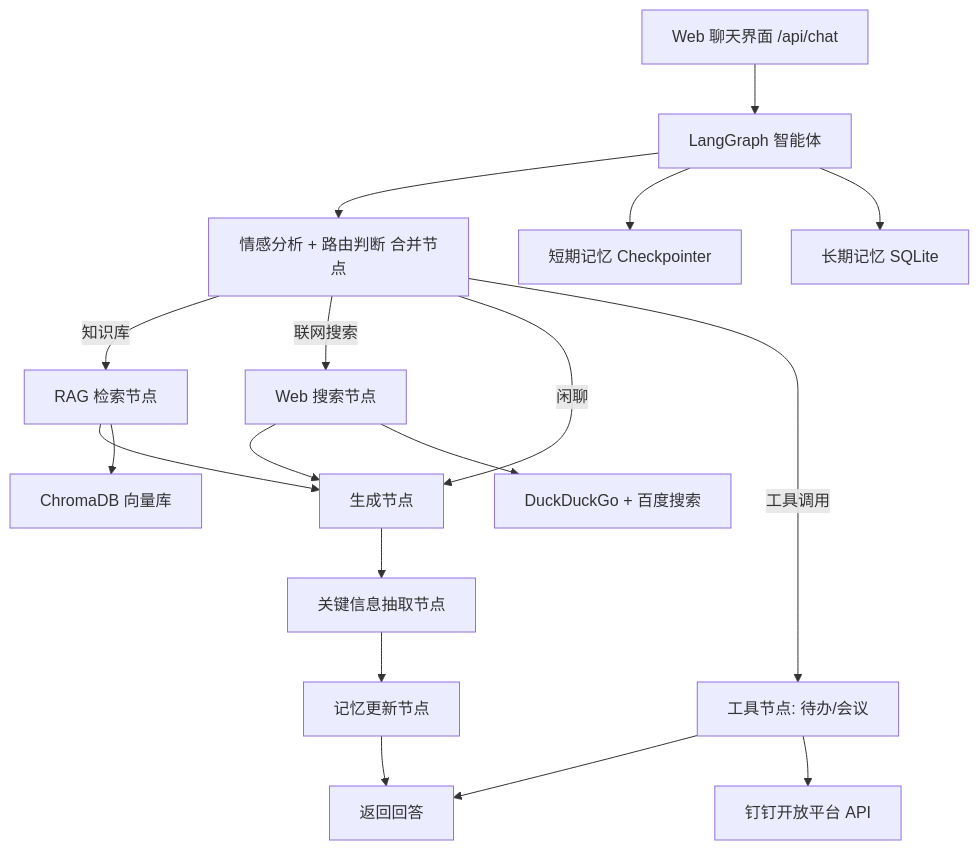
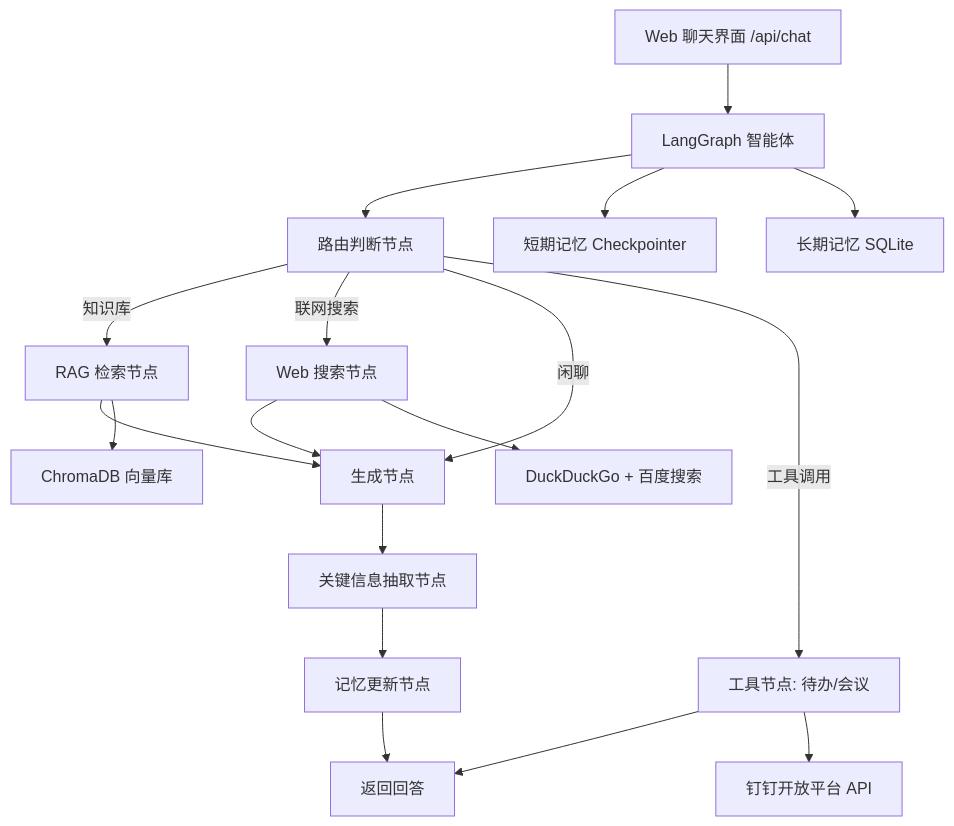
The diagram in README.md (Cecil09312/DingDingAIAssistant), drawn with Mermaid before and after one commit. The commit also changed other lines of this file and 16 other files, not shown here.

````diff
--- a/README.md
+++ b/README.md
@@ -7,20 +7,20 @@
 ```mermaid
 graph TB
     A[Web 聊天界面 /api/chat] --> D[LangGraph 智能体]
-    D --> E[情感分析 + 路由判断 合并节点]
+    D --> E[路由判断节点]
     E -->|知识库| G[RAG 检索节点]
     E -->|联网搜索| W[Web 搜索节点]
     E -->|闲聊| H[生成节点]
     E -->|工具调用| T[工具节点: 待办/会议]
     T --> J[返回回答]
     G --> H
     W --> H
     H --> X[关键信息抽取节点]
     X --> I[记忆更新节点]
     I --> J[返回回答]
     D --> K[短期记忆 Checkpointer]
     D --> L[长期记忆 SQLite]
     G --> M[ChromaDB 向量库]
     W --> N[DuckDuckGo + 百度搜索]
     T --> O[钉钉开放平台 API]
 ```
````
